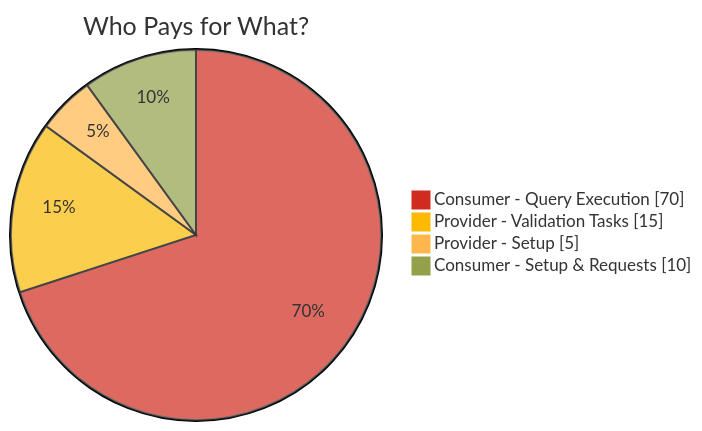
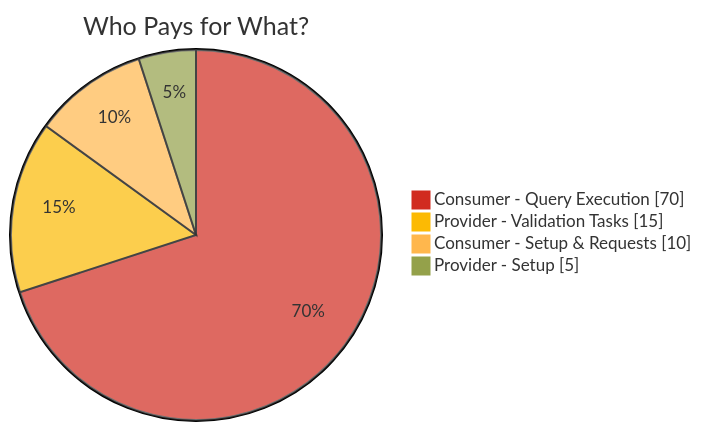
One commit to sfc-gh-vshiv/sfquickstart-data-clean-room changed the third of 4 diagrams in DCR_Flow_and_Cost_Guide.md. Above: the diagram before and after it, drawn with Mermaid. The commit also changed other lines of this file, not shown here.

Commit message:
Enhance DCR Flow and Cost Guide with updated Mermaid diagram styles and configurations for improved visual consistency and clarity

````diff
--- a/DCR_Flow_and_Cost_Guide.md
+++ b/DCR_Flow_and_Cost_Guide.md
@@ -142,9 +146,9 @@
 ```mermaid
 %%{init: {'theme': 'base', 'themeVariables': { 'pie1': '#d12b1f', 'pie2': '#fcba03', 'pie3': '#FFB74D', 'pie4': '#94a14a', 'pieStrokeColor': '#333', 'pieStrokeWidth': '2px'}}}%%
 pie showData
     title Who Pays for What?
     "Consumer - Query Execution" : 70
     "Provider - Validation Tasks" : 15
+    "Consumer - Setup & Requests" : 10
     "Provider - Setup" : 5
-    "Consumer - Setup & Requests" : 10
 ```
````
